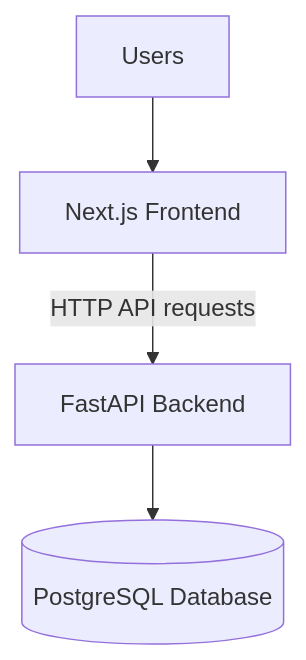
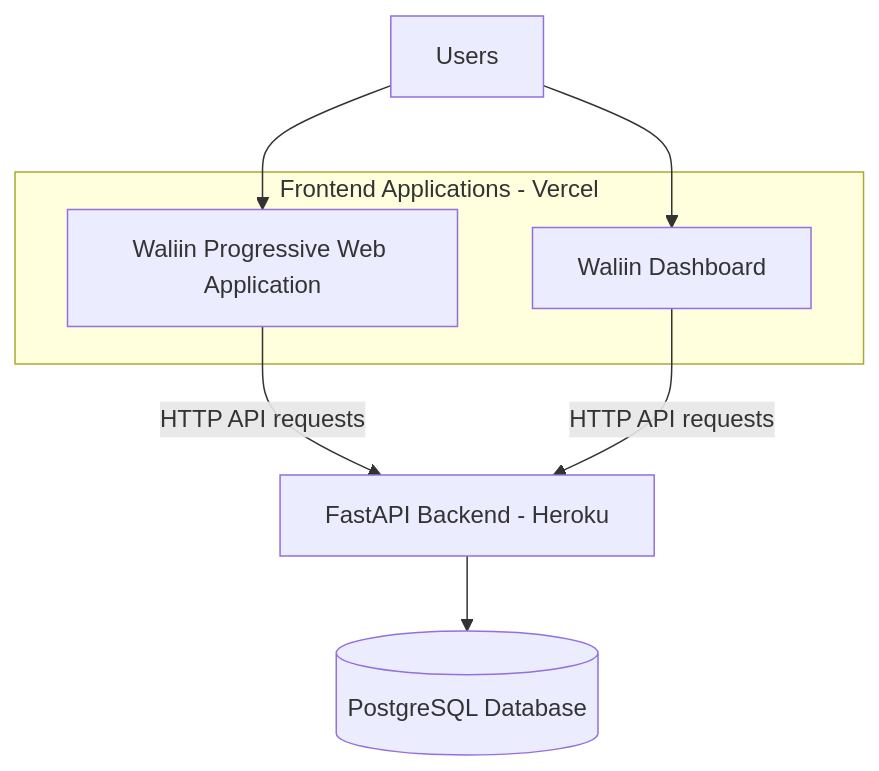
One commit to akirachix/solvya-technical-documentation changed the diagram in docs/deployment-guide.md. Above: the diagram before and after it, drawn with Mermaid. The commit also changed other lines of this file and 24 other files, not shown here.

````diff
--- a/docs/deployment-guide.md
+++ b/docs/deployment-guide.md
@@ -22,11 +43,18 @@
 ```mermaid
 flowchart TB
     U[Users]
-    F[Next.js Frontend]
-    B[FastAPI Backend]
-    D[(PostgreSQL Database)]
 
-    U --> F
-    F -->|HTTP API requests| B
-    B --> D
+    subgraph Frontend["Frontend Applications - Vercel"]
+        P[Waliin Progressive Web Application]
+        D[Waliin Dashboard]
+    end
+
+    B[FastAPI Backend - Heroku]
+    DB[(PostgreSQL Database)]
+
+    U --> P
+    U --> D
+    P -->|HTTP API requests| B
+    D -->|HTTP API requests| B
+    B --> DB
 ```
````
